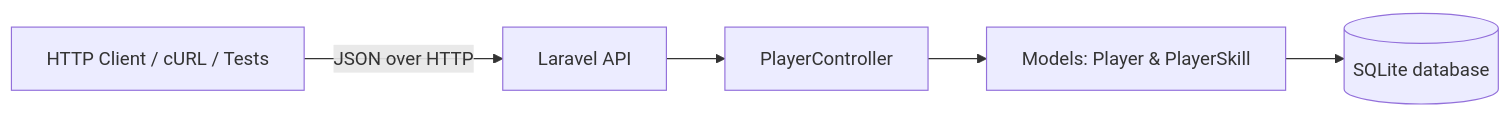
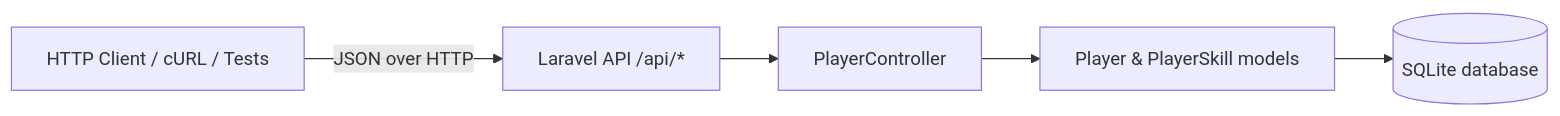
Before and after one commit to HidayahMF/RestFullPlayerApi: the first of 3 diagrams in README.md, drawn with Mermaid. The commit also changed other lines of this file and 9 other files, not shown here.

````diff
--- a/README.md
+++ b/README.md
@@ -18,7 +19,7 @@
 ```mermaid
 flowchart LR
-    CLIENT[HTTP Client / cURL / Tests] -->|JSON over HTTP| API[Laravel API]
+    CLIENT[HTTP Client / cURL / Tests] -->|JSON over HTTP| API[Laravel API /api/*]
     API --> CTRL[PlayerController]
-    CTRL --> MOD[Models: Player & PlayerSkill]
+    CTRL --> MOD[Player & PlayerSkill models]
     MOD --> DB[(SQLite database)]
 ```
````
